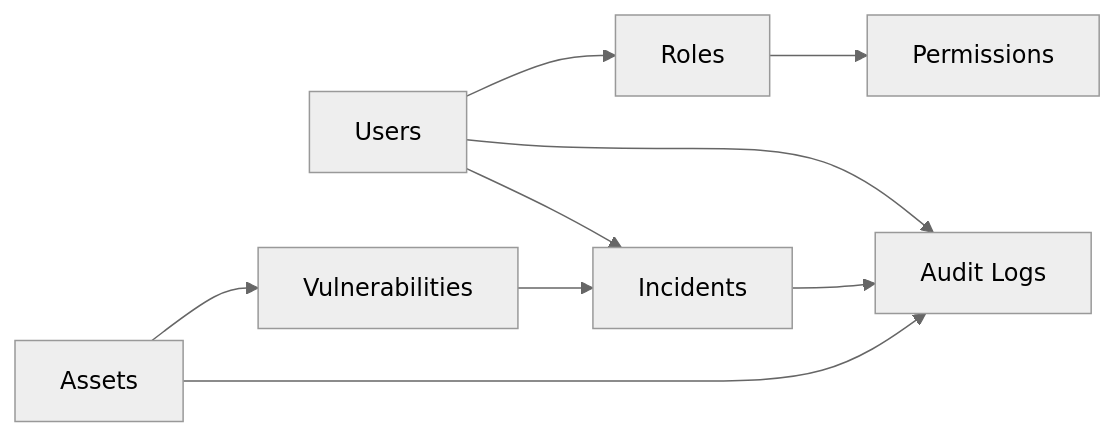
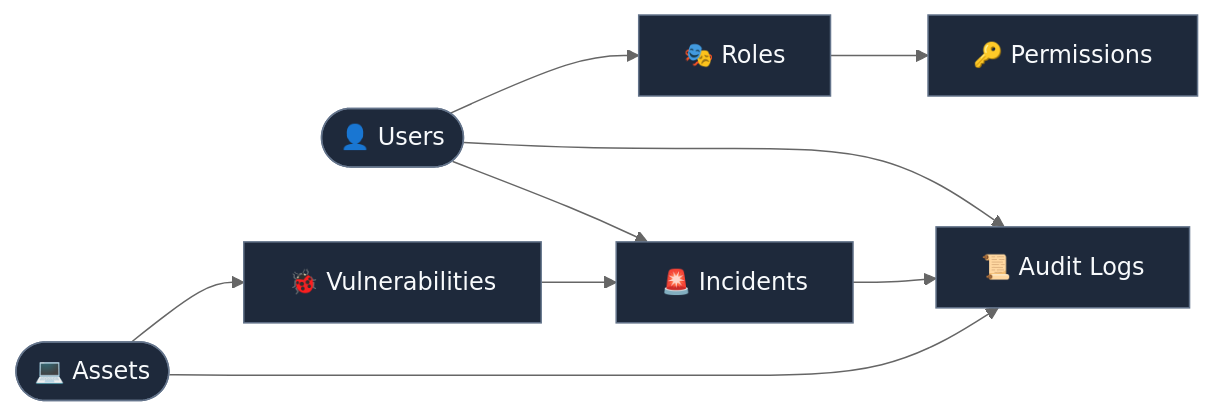
One commit to ABDELKARIMEALHANNACHI/securecorp-db changed the second of 12 diagrams in README.md. Above: the diagram before and after it, drawn with Mermaid (neutral theme). The commit also changed other lines of this file, not shown here.

````diff
--- a/README.md
+++ b/README.md
@@ -67,11 +84,14 @@
 ```mermaid
 flowchart LR
-    U[Users] --> R[Roles]
-    R --> P[Permissions]
-    U --> I[Incidents]
-    U --> L[Audit Logs]
-    A[Assets] --> V[Vulnerabilities]
+    U([👤 Users]) --> R[🎭 Roles]
+    R --> P[🔑 Permissions]
+    U --> I[🚨 Incidents]
+    U --> L[📜 Audit Logs]
+    A([💻 Assets]) --> V[🐞 Vulnerabilities]
     V --> I
     I --> L
     A --> L
+
+    classDef core fill:#1e293b,color:#f8fafc,stroke:#64748b
+    class U,R,P,I,L,A,V core
 ```
````
